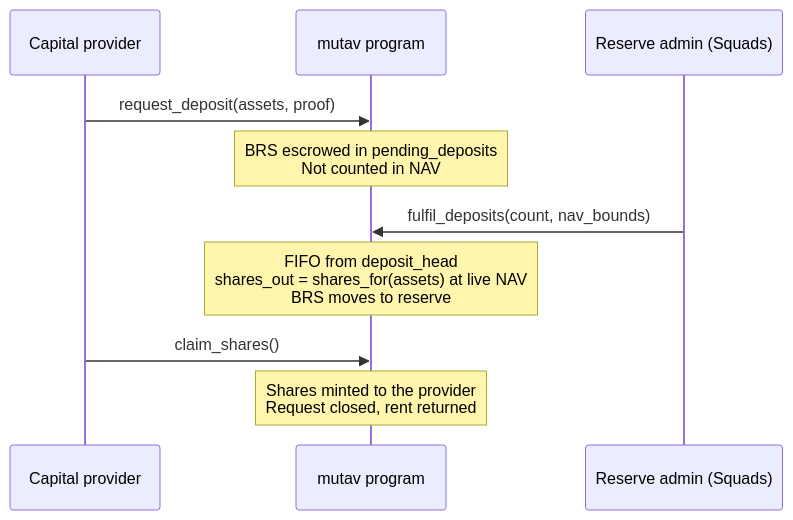
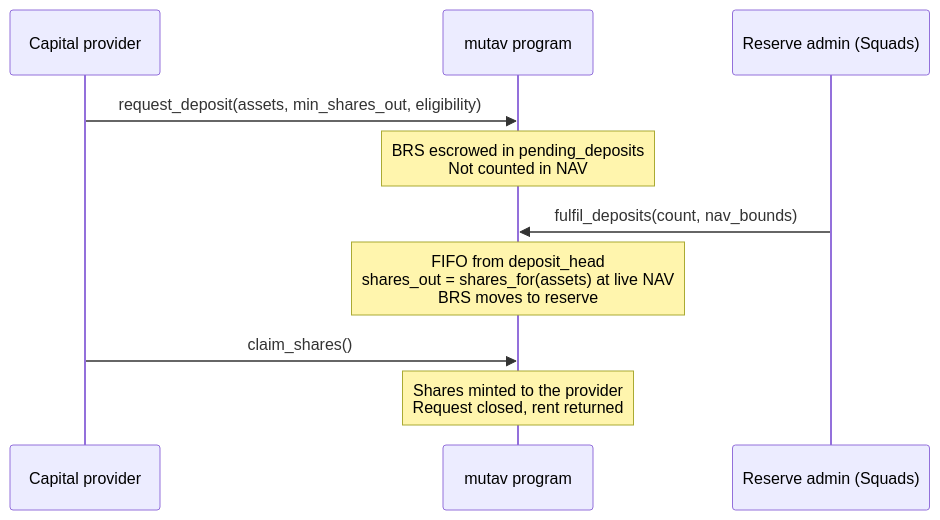
Before and after one commit to mutav-finance/mutav-protocol-solana: the first of 2 diagrams in docs/for-capital-providers/deposits-and-redemptions.md, drawn with Mermaid. The commit also changed other lines of this file and 9 other files, not shown here.

````diff
--- a/docs/for-capital-providers/deposits-and-redemptions.md
+++ b/docs/for-capital-providers/deposits-and-redemptions.md
@@ -22,12 +22,12 @@
 ```mermaid
 sequenceDiagram
     participant P as Capital provider
     participant Prog as mutav program
     participant A as Reserve admin (Squads)
-    P->>Prog: request_deposit(assets, proof)
+    P->>Prog: request_deposit(assets, min_shares_out, eligibility)
     Note over Prog: BRS escrowed in pending_deposits<br/>Not counted in NAV
     A->>Prog: fulfil_deposits(count, nav_bounds)
     Note over Prog: FIFO from deposit_head<br/>shares_out = shares_for(assets) at live NAV<br/>BRS moves to reserve
     P->>Prog: claim_shares()
     Note over Prog: Shares minted to the provider<br/>Request closed, rent returned
 ```
````
